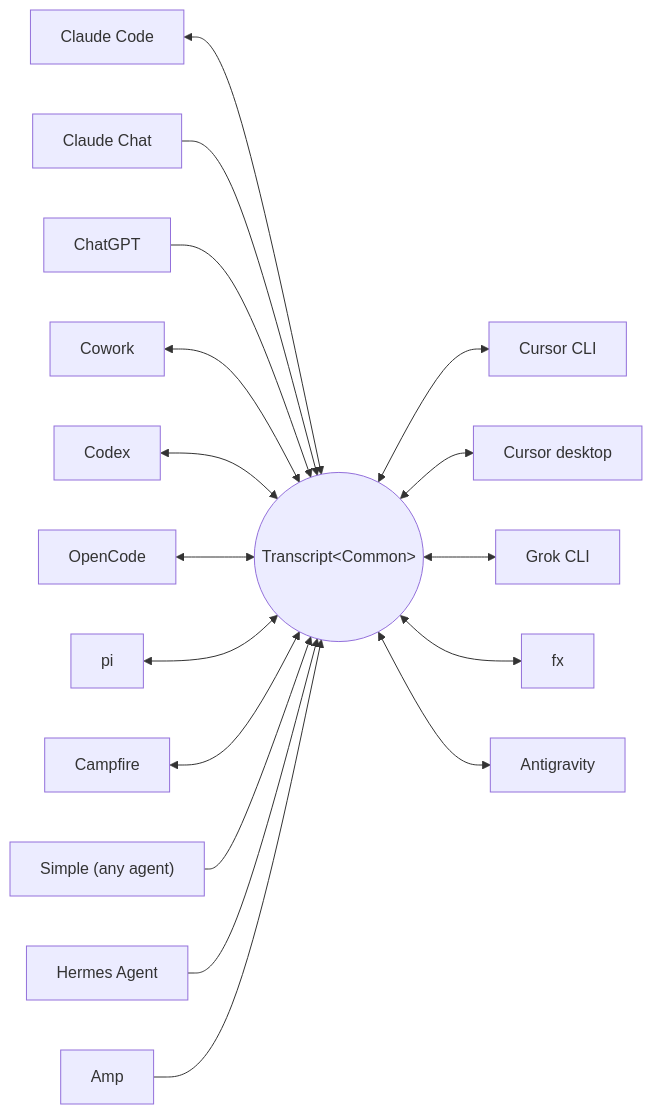
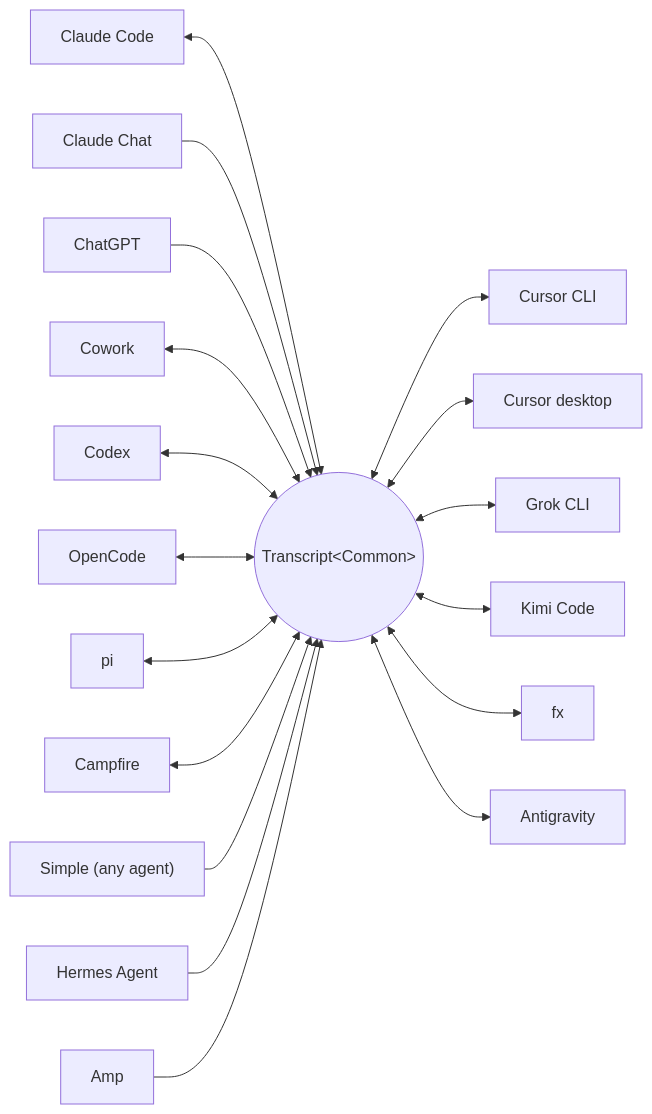
Before and after one commit to skillsynchq/txcript: the diagram in README.md, drawn with Mermaid. The commit also changed other lines of this file and 12 other files, not shown here.

Commit message:
feat: add read-only Kimi Code harness

````diff
--- a/README.md
+++ b/README.md
@@ -61,19 +61,20 @@
 ```mermaid
 flowchart LR
     claude["Claude Code"] <--> common(("Transcript&lt;Common&gt;"))
     claudechat["Claude Chat"] --> common
     chatgpt["ChatGPT"] --> common
     cowork["Cowork"] <--> common
     codex["Codex"] <--> common
     opencode["OpenCode"] <--> common
     pi["pi"] <--> common
     campfire["Campfire"] <--> common
     common <--> cursor["Cursor CLI"]
     common <--> cursordesktop["Cursor desktop"]
     common <--> grok["Grok CLI"]
+    common <--> kimi["Kimi Code"]
     common <--> fx["fx"]
     common <--> antigravity["Antigravity"]
     simple["Simple (any agent)"] --> common
     hermes["Hermes Agent"] --> common
     amp["Amp"] --> common
 ```
````
